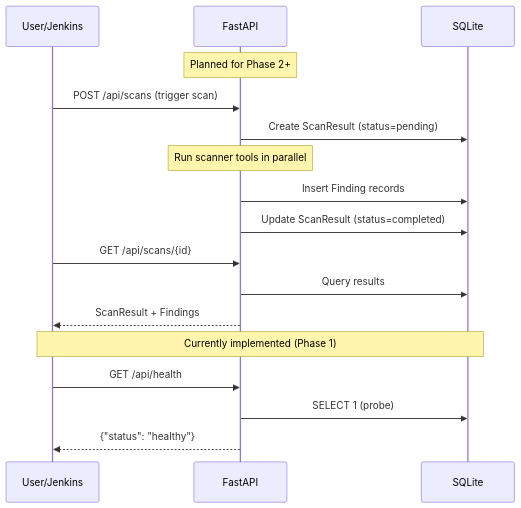
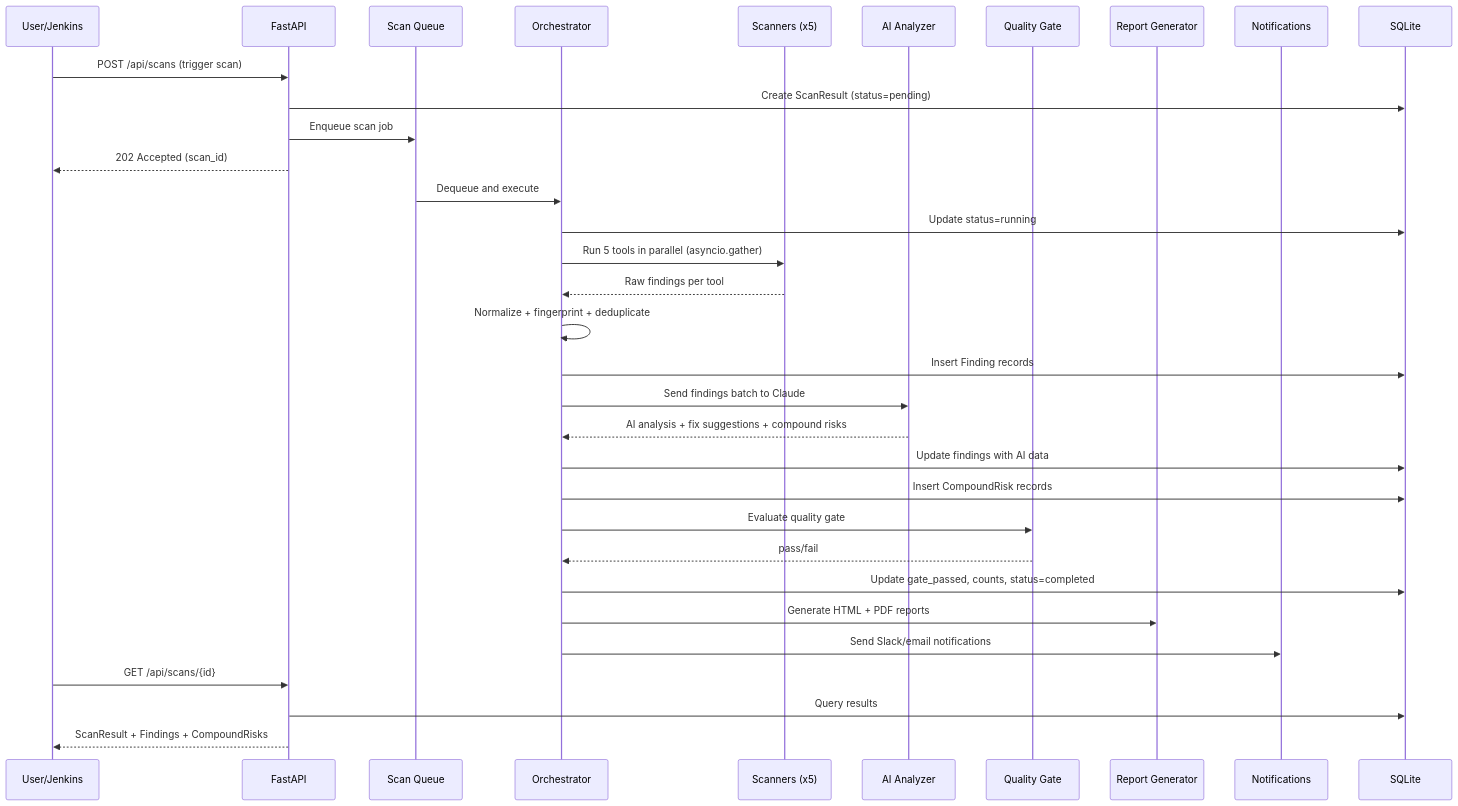
The second of 2 diagrams in docs/en/architecture.md (AlexTalorJr/source-code-security-ai-checker), drawn with Mermaid before and after one commit. The commit also changed other lines of this file and 9 other files, not shown here.

````diff
--- a/docs/en/architecture.md
+++ b/docs/en/architecture.md
@@ -45,21 +95,41 @@
 ```mermaid
 sequenceDiagram
     participant U as User/Jenkins
     participant API as FastAPI
+    participant Q as Scan Queue
+    participant O as Orchestrator
+    participant S as Scanners (x5)
+    participant AI as AI Analyzer
+    participant G as Quality Gate
+    participant R as Report Generator
+    participant N as Notifications
     participant DB as SQLite
 
-    Note over API: Planned for Phase 2+
     U->>API: POST /api/scans (trigger scan)
     API->>DB: Create ScanResult (status=pending)
-    Note over API: Run scanner tools in parallel
-    API->>DB: Insert Finding records
-    API->>DB: Update ScanResult (status=completed)
+    API->>Q: Enqueue scan job
+    API-->>U: 202 Accepted (scan_id)
+
+    Q->>O: Dequeue and execute
+    O->>DB: Update status=running
+    O->>S: Run 5 tools in parallel (asyncio.gather)
+    S-->>O: Raw findings per tool
+    O->>O: Normalize + fingerprint + deduplicate
+    O->>DB: Insert Finding records
+
+    O->>AI: Send findings batch to Claude
+    AI-->>O: AI analysis + fix suggestions + compound risks
+    O->>DB: Update findings with AI data
+    O->>DB: Insert CompoundRisk records
+
+    O->>G: Evaluate quality gate
+    G-->>O: pass/fail
+    O->>DB: Update gate_passed, counts, status=completed
+
+    O->>R: Generate HTML + PDF reports
+    O->>N: Send Slack/email notifications
+
     U->>API: GET /api/scans/{id}
     API->>DB: Query results
-    API-->>U: ScanResult + Findings
-
-    Note over U,DB: Currently implemented (Phase 1)
-    U->>API: GET /api/health
-    API->>DB: SELECT 1 (probe)
-    API-->>U: {"status": "healthy"}
+    API-->>U: ScanResult + Findings + CompoundRisks
 ```
````
